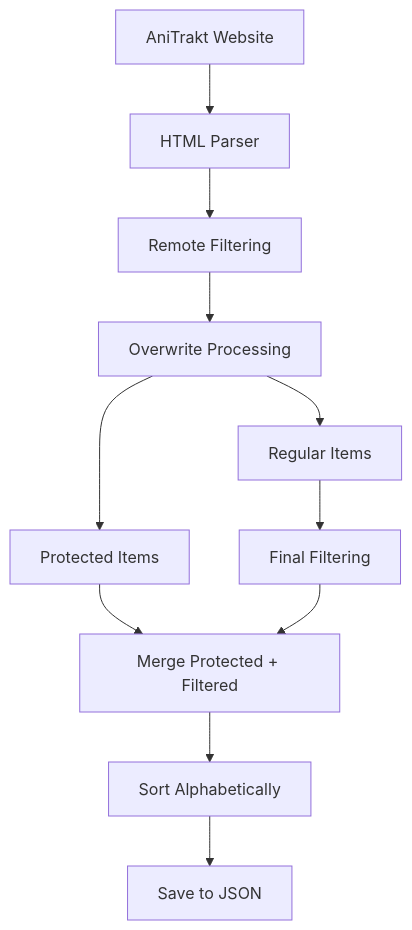
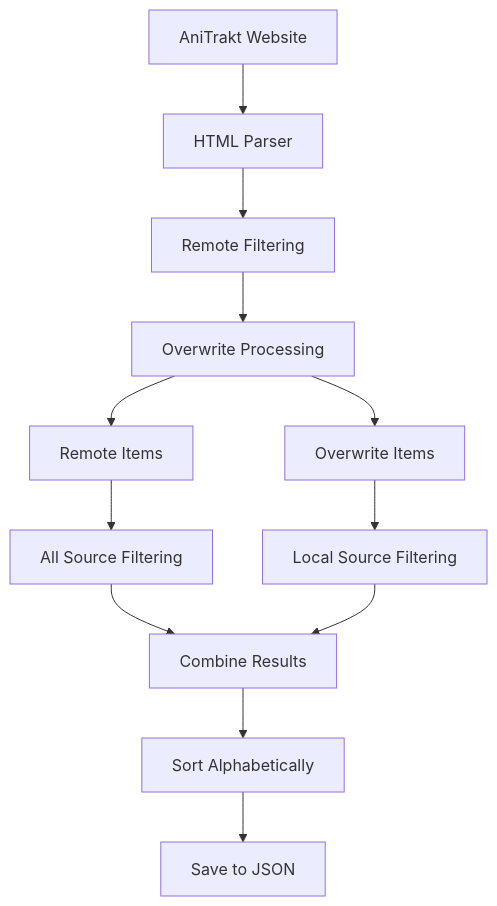
One commit to rensetsu/db.trakt.anitrakt changed the diagram in README.md. Above: the diagram before and after it, drawn with Mermaid. The commit also changed other lines of this file and 2 other files, not shown here.

Commit message:
Fix on how filtering works on ignore files

````diff
--- a/README.md
+++ b/README.md
@@ -242,13 +244,14 @@
 ```mermaid
 graph TD
     A[AniTrakt Website] --> B[HTML Parser]
     B --> C[Remote Filtering]
     C --> D[Overwrite Processing]
-    D --> E[Protected Items]
-    D --> F[Regular Items]
-    F --> G[Final Filtering]
-    E --> H[Merge Protected + Filtered]
-    G --> H
-    H --> I[Sort Alphabetically]
-    I --> J[Save to JSON]
+    D --> E[Overwrite Items]
+    D --> F[Remote Items]
+    F --> G[All Source Filtering]
+    E --> H[Local Source Filtering]
+    G --> I[Combine Results]
+    H --> I
+    I --> J[Sort Alphabetically]
+    J --> K[Save to JSON]
 ```
````
